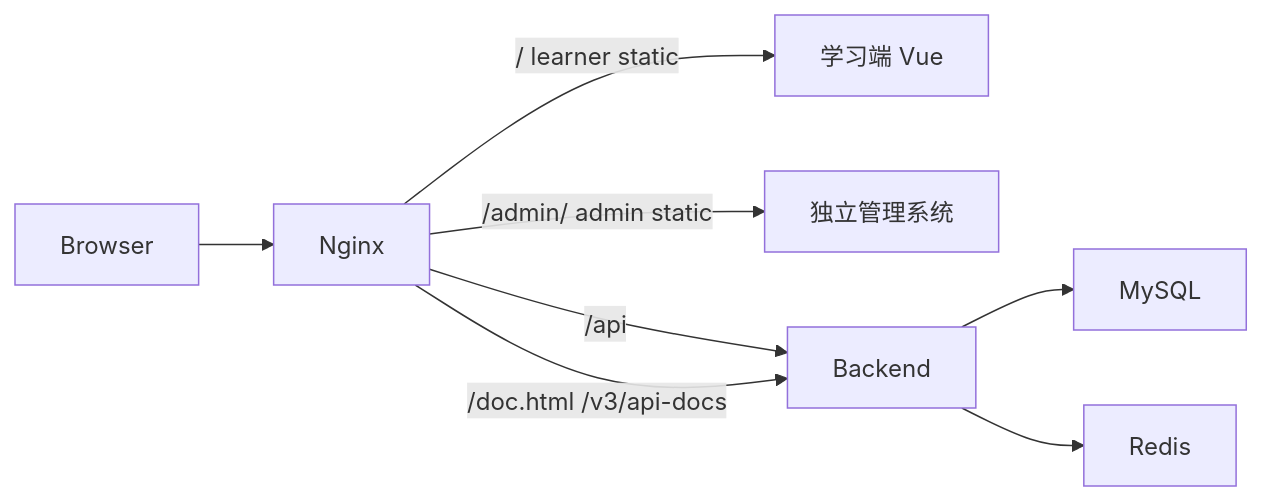
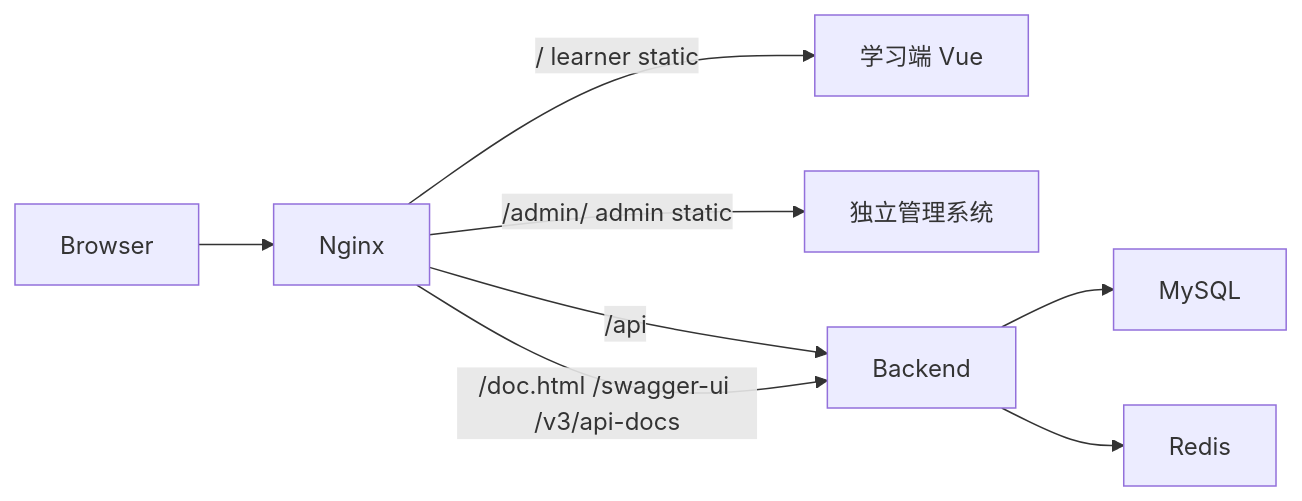
One commit to umico8832/LearnPlatform changed the diagram in docs/architecture/deployment.md. Above: the diagram before and after it, drawn with Mermaid. The commit also changed other lines of this file and 163 other files, not shown here.

````diff
--- a/docs/architecture/deployment.md
+++ b/docs/architecture/deployment.md
@@ -19,10 +19,10 @@
 ```mermaid
 flowchart LR
     Browser --> Nginx
     Nginx -->|/ learner static| Learner["学习端 Vue"]
     Nginx -->|/admin/ admin static| Admin["独立管理系统"]
     Nginx -->|/api| Backend
-    Nginx -->|/doc.html /v3/api-docs| Backend
+    Nginx -->|/doc.html /swagger-ui /v3/api-docs| Backend
     Backend --> MySQL
     Backend --> Redis
 ```
````
